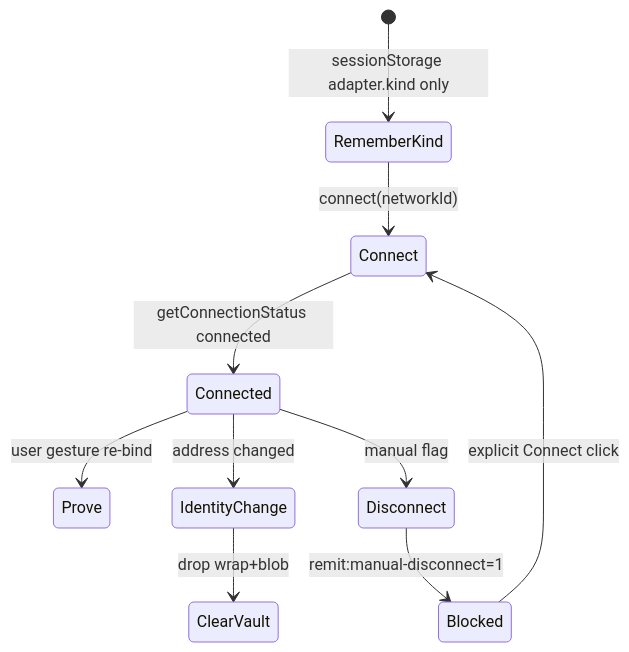
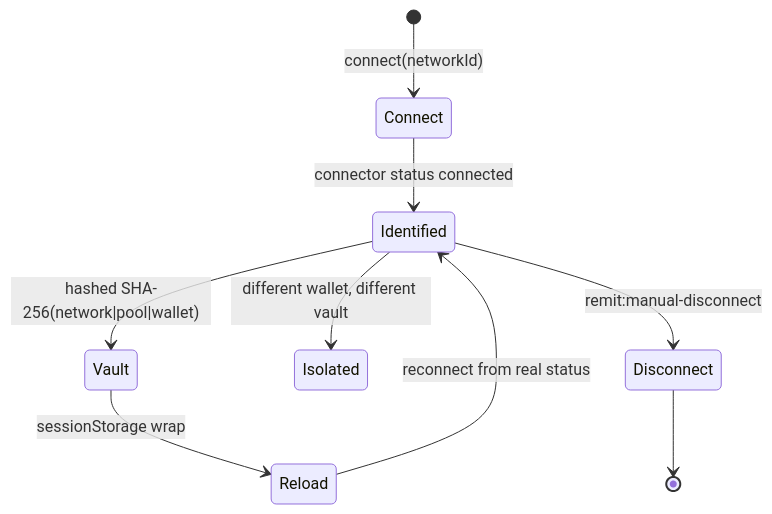
One commit to mohamedwael201193/REMIT changed the eighth of 9 diagrams in README.md. Above: the diagram before and after it, drawn with Mermaid. The commit also changed other lines of this file and 8 other files, not shown here.

````diff
--- a/README.md
+++ b/README.md
@@ -285,12 +280,11 @@
 ```mermaid
 stateDiagram-v2
-  [*] --> RememberKind: sessionStorage adapter.kind only
-  RememberKind --> Connect: connect(networkId)
-  Connect --> Connected: getConnectionStatus connected
-  Connected --> Prove: user gesture re-bind
-  Connected --> IdentityChange: address changed
-  IdentityChange --> ClearVault: drop wrap+blob
-  Connected --> Disconnect: manual flag
-  Disconnect --> Blocked: remit:manual-disconnect=1
-  Blocked --> Connect: explicit Connect click
+  [*] --> Connect: connect(networkId)
+  Connect --> Identified: connector status connected
+  Identified --> Vault: hashed SHA-256(network|pool|wallet)
+  Vault --> Reload: sessionStorage wrap
+  Reload --> Identified: reconnect from real status
+  Identified --> Isolated: different wallet, different vault
+  Identified --> Disconnect: remit:manual-disconnect
+  Disconnect --> [*]
 ```
````
